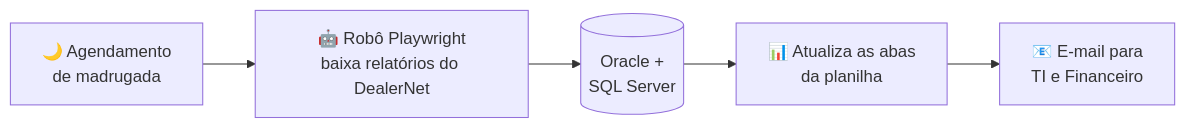
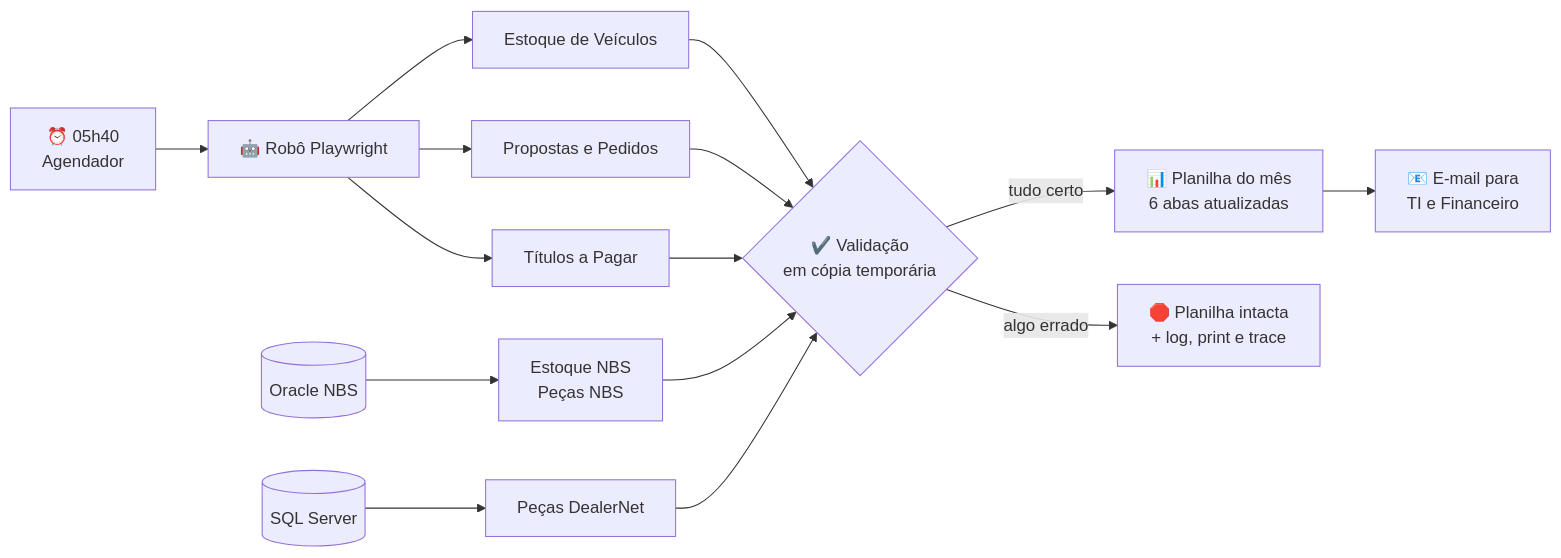
Before and after one commit to gabriel-sar/Portfolio-Gabriel-Saraiva-Brasil: the first of 3 diagrams in README.md, drawn with Mermaid. The commit also changed other lines of this file and 4 other files, not shown here.

Commit message:
Destaca Planilha de Estoque e Unipetro e remove o gerador de vouchers

````diff
--- a/README.md
+++ b/README.md
@@ -64,7 +89,13 @@
 ```mermaid
 flowchart LR
-    A[🌙 Agendamento<br>de madrugada] --> B[🤖 Robô Playwright<br>baixa relatórios do DealerNet]
-    B --> C[(Oracle +<br>SQL Server)]
-    C --> D[📊 Atualiza as abas<br>da planilha]
-    D --> E[📧 E-mail para<br>TI e Financeiro]
+    T["⏰ 05h40<br>Agendador"] --> R["🤖 Robô Playwright"]
+    R --> D1["Estoque de Veículos"]
+    R --> D2["Propostas e Pedidos"]
+    R --> D3["Títulos a Pagar"]
+    O[("Oracle NBS")] --> D4["Estoque NBS<br>Peças NBS"]
+    S[("SQL Server")] --> D5["Peças DealerNet"]
+    D1 & D2 & D3 & D4 & D5 --> V{"✔️ Validação<br>em cópia temporária"}
+    V -->|tudo certo| P["📊 Planilha do mês<br>6 abas atualizadas"]
+    V -->|algo errado| X["🛑 Planilha intacta<br>+ log, print e trace"]
+    P --> E["📧 E-mail para<br>TI e Financeiro"]
 ```
````
